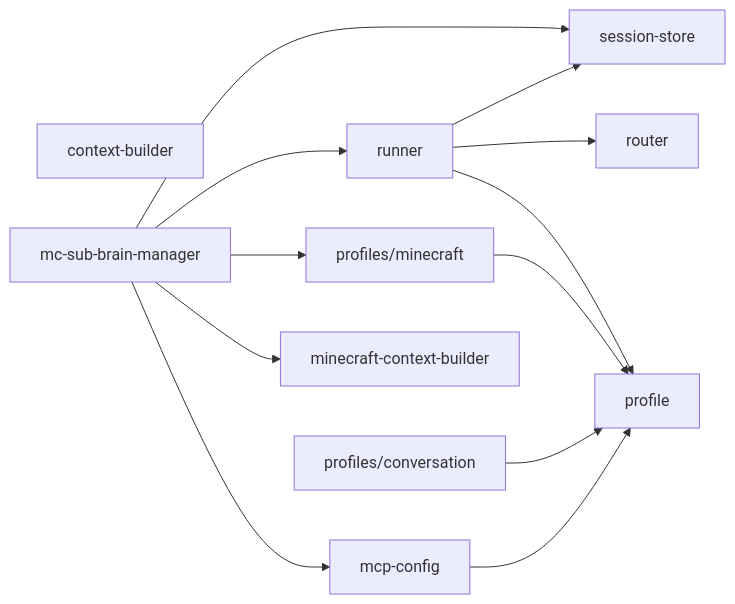
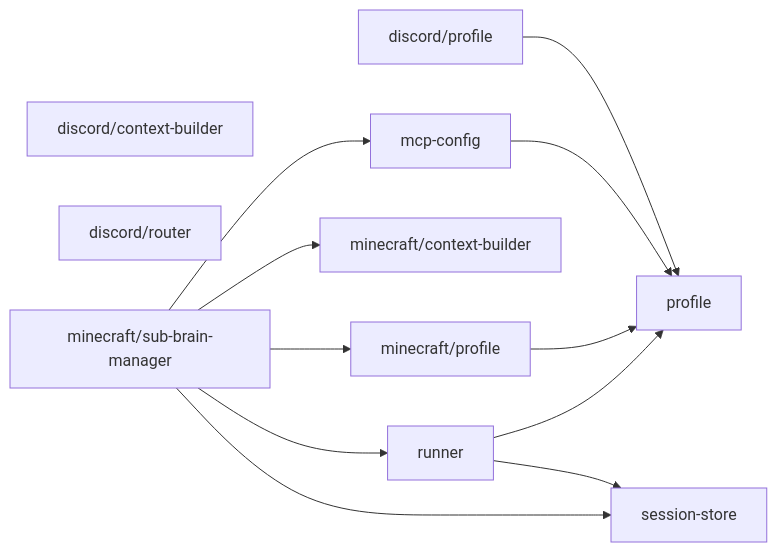
The diagram in src/agent/DEPS.md (OJII3/vicissitude), drawn with Mermaid before and after one commit. The commit also changed other lines of this file and 13 other files, not shown here.

First line of the commit message:
refactor: agent/ ディレクトリを discord/ と minecraft/ に構造整理 (#103)

````diff
--- a/src/agent/DEPS.md
+++ b/src/agent/DEPS.md
@@ -7,19 +7,18 @@
 ```mermaid
 graph LR
-  context-builder
-  mc-sub-brain-manager --> mcp-config
-  mc-sub-brain-manager --> minecraft-context-builder
-  mc-sub-brain-manager --> profiles_minecraft["profiles/minecraft"]
-  mc-sub-brain-manager --> runner
-  mc-sub-brain-manager --> session-store
+  discord_context-builder["discord/context-builder"]
+  discord_profile["discord/profile"] --> profile
+  discord_router["discord/router"]
   mcp-config --> profile
-  minecraft-context-builder
+  minecraft_context-builder["minecraft/context-builder"]
+  minecraft_profile["minecraft/profile"] --> profile
+  minecraft_sub-brain-manager["minecraft/sub-brain-manager"] --> mcp-config
+  minecraft_sub-brain-manager["minecraft/sub-brain-manager"] --> minecraft_context-builder["minecraft/context-builder"]
+  minecraft_sub-brain-manager["minecraft/sub-brain-manager"] --> minecraft_profile["minecraft/profile"]
+  minecraft_sub-brain-manager["minecraft/sub-brain-manager"] --> runner
+  minecraft_sub-brain-manager["minecraft/sub-brain-manager"] --> session-store
   profile
-  profiles_conversation["profiles/conversation"] --> profile
-  profiles_minecraft["profiles/minecraft"] --> profile
-  router
   runner --> profile
-  runner --> router
   runner --> session-store
   session-store
 ```
````
